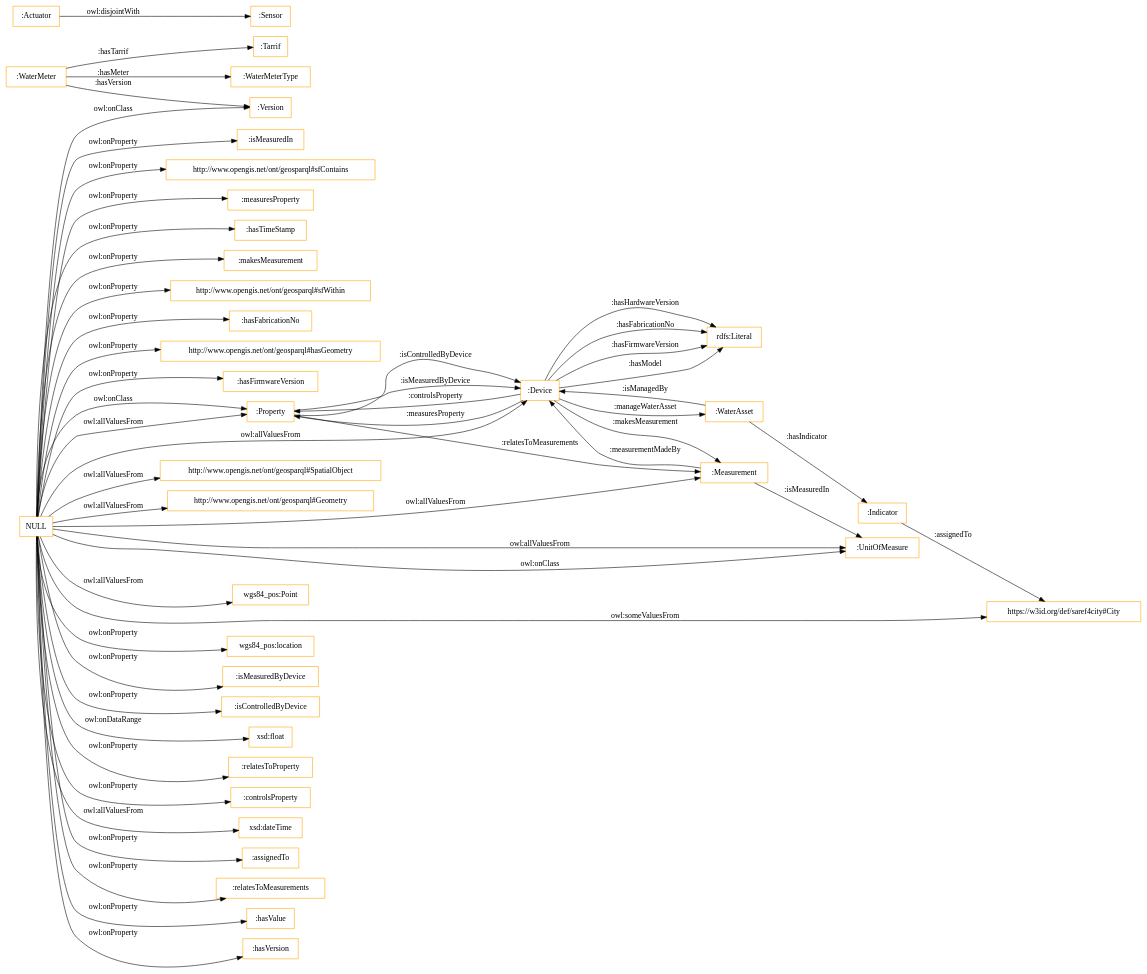
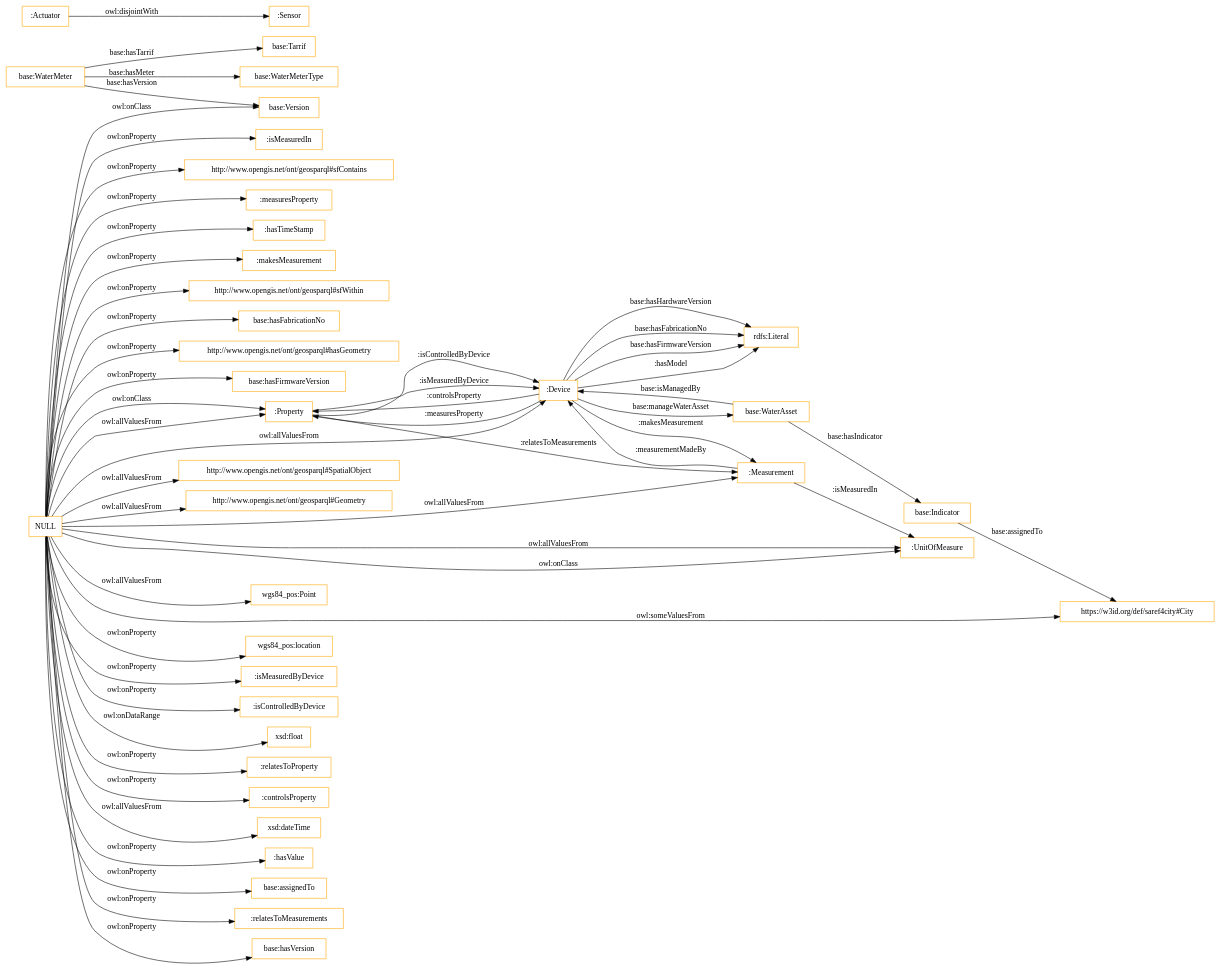
One commit to tiwari2019/S4WATR-1 changed the diagram in OnToology/S4Water.owl/diagrams/ar2dtool-class/S4Water.owl.png.dot. Above: the diagram before and after it, drawn with Graphviz. The commit also changed 13 other files, not shown here.

```diff
--- a/OnToology/S4Water.owl/diagrams/ar2dtool-class/S4Water.owl.png.dot
+++ b/OnToology/S4Water.owl/diagrams/ar2dtool-class/S4Water.owl.png.dot
@@ -1,57 +1,57 @@
 digraph ar2dtool_diagram { 
 rankdir=LR;
 size="1501"
-node [shape = rectangle, color="orange"]; ":Version" ":Property" ":WaterMeterType" ":WaterAsset" ":Sensor" ":WaterMeter" ":Device" ":Indicator" "http://www.opengis.net/ont/geosparql#SpatialObject" "http://www.opengis.net/ont/geosparql#Geometry" ":UnitOfMeasure" "https://w3id.org/def/saref4city#City" ":Tarrif" "wgs84_pos:Point" ":Measurement" ":Actuator" ; /*classes style*/
+node [shape = rectangle, color="orange"]; "base:Version" ":Property" "base:WaterMeterType" "base:WaterAsset" ":Sensor" "base:WaterMeter" ":Device" "base:Indicator" "http://www.opengis.net/ont/geosparql#SpatialObject" "http://www.opengis.net/ont/geosparql#Geometry" ":UnitOfMeasure" "https://w3id.org/def/saref4city#City" "base:Tarrif" "wgs84_pos:Point" ":Measurement" ":Actuator" ; /*classes style*/
 	"NULL" -> "wgs84_pos:location" [ label = "owl:onProperty" ];
 	"NULL" -> "wgs84_pos:Point" [ label = "owl:allValuesFrom" ];
 	"NULL" -> ":isMeasuredByDevice" [ label = "owl:onProperty" ];
 	"NULL" -> ":isControlledByDevice" [ label = "owl:onProperty" ];
 	"NULL" -> ":Measurement" [ label = "owl:allValuesFrom" ];
 	"NULL" -> "xsd:float" [ label = "owl:onDataRange" ];
 	"NULL" -> "http://www.opengis.net/ont/geosparql#Geometry" [ label = "owl:allValuesFrom" ];
 	"NULL" -> ":relatesToProperty" [ label = "owl:onProperty" ];
 	"NULL" -> ":controlsProperty" [ label = "owl:onProperty" ];
 	"NULL" -> "https://w3id.org/def/saref4city#City" [ label = "owl:someValuesFrom" ];
 	"NULL" -> "xsd:dateTime" [ label = "owl:allValuesFrom" ];
-	"NULL" -> ":Version" [ label = "owl:onClass" ];
-	"NULL" -> ":Property" [ label = "owl:onClass" ];
-	"NULL" -> ":assignedTo" [ label = "owl:onProperty" ];
+	"NULL" -> "base:Version" [ label = "owl:onClass" ];
+	"NULL" -> ":hasValue" [ label = "owl:onProperty" ];
+	"NULL" -> "base:assignedTo" [ label = "owl:onProperty" ];
 	"NULL" -> ":relatesToMeasurements" [ label = "owl:onProperty" ];
 	"NULL" -> "http://www.opengis.net/ont/geosparql#SpatialObject" [ label = "owl:allValuesFrom" ];
-	"NULL" -> ":hasValue" [ label = "owl:onProperty" ];
+	"NULL" -> ":Property" [ label = "owl:onClass" ];
 	"NULL" -> ":UnitOfMeasure" [ label = "owl:allValuesFrom" ];
-	"NULL" -> ":hasVersion" [ label = "owl:onProperty" ];
+	"NULL" -> "base:hasVersion" [ label = "owl:onProperty" ];
 	"NULL" -> ":UnitOfMeasure" [ label = "owl:onClass" ];
 	"NULL" -> ":isMeasuredIn" [ label = "owl:onProperty" ];
 	"NULL" -> "http://www.opengis.net/ont/geosparql#sfContains" [ label = "owl:onProperty" ];
 	"NULL" -> ":measuresProperty" [ label = "owl:onProperty" ];
 	"NULL" -> ":hasTimeStamp" [ label = "owl:onProperty" ];
 	"NULL" -> ":makesMeasurement" [ label = "owl:onProperty" ];
 	"NULL" -> "http://www.opengis.net/ont/geosparql#sfWithin" [ label = "owl:onProperty" ];
+	"NULL" -> "base:hasFabricationNo" [ label = "owl:onProperty" ];
 	"NULL" -> ":Property" [ label = "owl:allValuesFrom" ];
-	"NULL" -> ":hasFabricationNo" [ label = "owl:onProperty" ];
 	"NULL" -> "http://www.opengis.net/ont/geosparql#hasGeometry" [ label = "owl:onProperty" ];
 	"NULL" -> ":Device" [ label = "owl:allValuesFrom" ];
-	"NULL" -> ":hasFirmwareVersion" [ label = "owl:onProperty" ];
+	"NULL" -> "base:hasFirmwareVersion" [ label = "owl:onProperty" ];
 	":Actuator" -> ":Sensor" [ label = "owl:disjointWith" ];
-	":Indicator" -> "https://w3id.org/def/saref4city#City" [ label = ":assignedTo" ];
+	"base:Indicator" -> "https://w3id.org/def/saref4city#City" [ label = "base:assignedTo" ];
 	":Measurement" -> ":Device" [ label = ":measurementMadeBy" ];
-	":Device" -> ":WaterAsset" [ label = ":manageWaterAsset" ];
+	":Device" -> "base:WaterAsset" [ label = "base:manageWaterAsset" ];
 	":Device" -> "rdfs:Literal" [ label = ":hasModel" ];
 	":Property" -> ":Device" [ label = ":isControlledByDevice" ];
-	":Device" -> "rdfs:Literal" [ label = ":hasHardwareVersion" ];
-	":WaterMeter" -> ":Version" [ label = ":hasVersion" ];
+	":Device" -> "rdfs:Literal" [ label = "base:hasHardwareVersion" ];
+	"base:WaterMeter" -> "base:Version" [ label = "base:hasVersion" ];
 	":Property" -> ":Measurement" [ label = ":relatesToMeasurements" ];
 	":Device" -> ":Measurement" [ label = ":makesMeasurement" ];
-	":Device" -> "rdfs:Literal" [ label = ":hasFabricationNo" ];
-	":Device" -> "rdfs:Literal" [ label = ":hasFirmwareVersion" ];
+	":Device" -> "rdfs:Literal" [ label = "base:hasFabricationNo" ];
+	":Device" -> "rdfs:Literal" [ label = "base:hasFirmwareVersion" ];
 	":Device" -> ":Property" [ label = ":controlsProperty" ];
-	":WaterAsset" -> ":Device" [ label = ":isManagedBy" ];
-	":WaterAsset" -> ":Indicator" [ label = ":hasIndicator" ];
+	"base:WaterAsset" -> ":Device" [ label = "base:isManagedBy" ];
+	"base:WaterAsset" -> "base:Indicator" [ label = "base:hasIndicator" ];
 	":Property" -> ":Device" [ label = ":isMeasuredByDevice" ];
-	":WaterMeter" -> ":Tarrif" [ label = ":hasTarrif" ];
-	":WaterMeter" -> ":WaterMeterType" [ label = ":hasMeter" ];
+	"base:WaterMeter" -> "base:Tarrif" [ label = "base:hasTarrif" ];
+	"base:WaterMeter" -> "base:WaterMeterType" [ label = "base:hasMeter" ];
 	":Measurement" -> ":UnitOfMeasure" [ label = ":isMeasuredIn" ];
 	":Device" -> ":Property" [ label = ":measuresProperty" ];
 
 }
```
